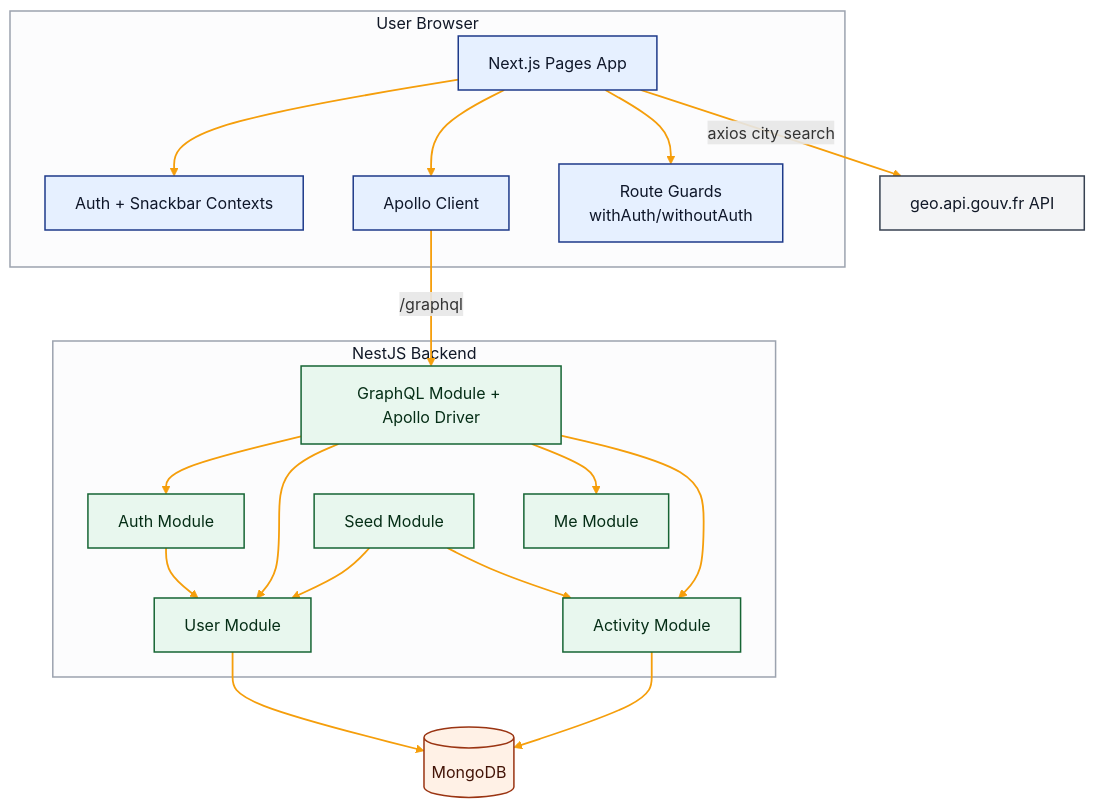
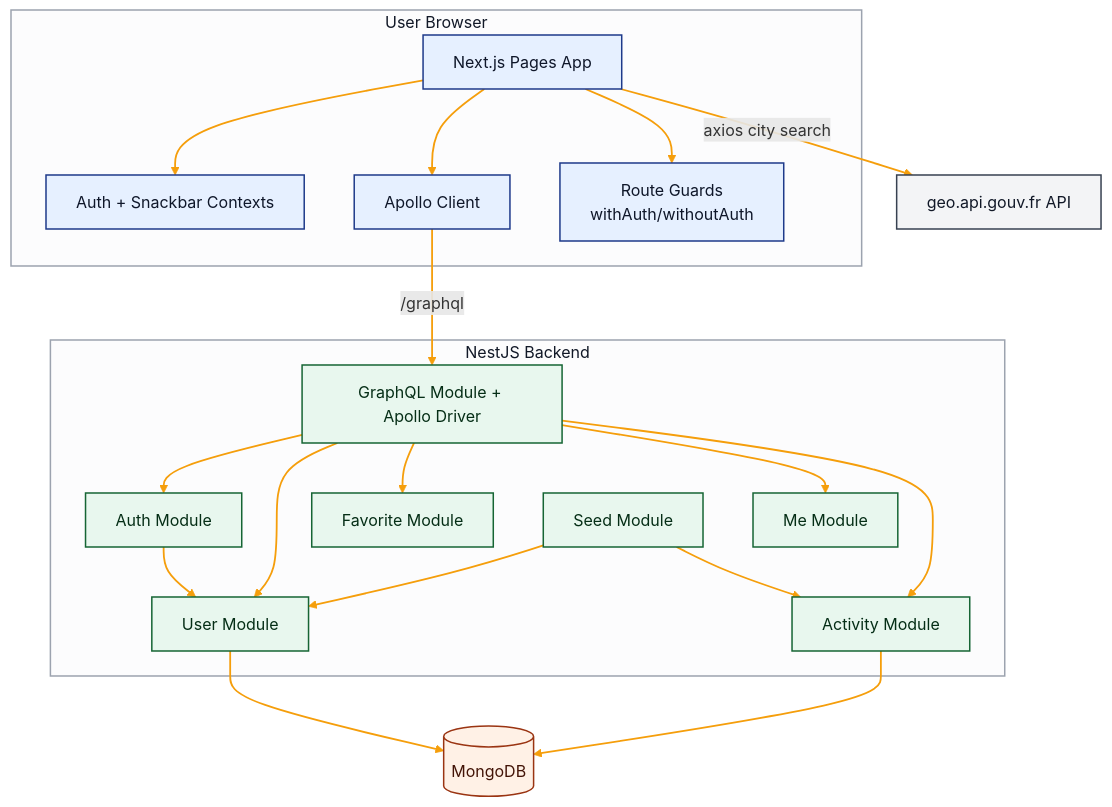
One commit to ayhid/naboo-case-study changed the second of 4 diagrams in docs/c4-architecture-view.md. Above: the diagram before and after it, drawn with Mermaid. The commit also changed other lines of this file and 2 other files, not shown here.

Commit message:
docs: align architecture docs with implemented code paths

````diff
--- a/docs/c4-architecture-view.md
+++ b/docs/c4-architecture-view.md
@@ -55,51 +55,53 @@
 ```mermaid
 %%{init: {'themeVariables': {'lineColor': '#F59E0B', 'arrowheadColor': '#F59E0B'}}}%%
 flowchart TB
     subgraph Browser["User Browser"]
       UI[Next.js Pages App]
       AP[Auth + Snackbar Contexts]
       AC[Apollo Client]
       UIR[Route Guards<br/>withAuth/withoutAuth]
     end
 
     subgraph Backend["NestJS Backend"]
       GQL[GraphQL Module + Apollo Driver]
       AM[Auth Module]
       UM[User Module]
+      FM[Favorite Module]
       MM[Me Module]
       ATM[Activity Module]
       SM[Seed Module]
     end
 
     DB[(MongoDB)]
     EXT[geo.api.gouv.fr API]
 
     UI --> AP
     UI --> AC
     UI --> UIR
     AC -->|/graphql| GQL
     GQL --> AM
     GQL --> UM
+    GQL --> FM
     GQL --> MM
     GQL --> ATM
     AM --> UM
     UM --> DB
     ATM --> DB
     SM --> UM
     SM --> ATM
     UI -->|axios city search| EXT
 
     classDef actor fill:#FFF4CC,stroke:#8A6D1A,color:#1F2937,stroke-width:1.5px;
     classDef app fill:#E6F0FF,stroke:#1E3A8A,color:#0F172A,stroke-width:1.5px;
     classDef backend fill:#E8F7EE,stroke:#166534,color:#052E16,stroke-width:1.5px;
     classDef data fill:#FFF1E6,stroke:#9A3412,color:#431407,stroke-width:1.5px;
     classDef external fill:#F3F4F6,stroke:#374151,color:#111827,stroke-width:1.5px;
     classDef security fill:#FEE2E2,stroke:#991B1B,color:#450A0A,stroke-width:1.5px;
     class UI,AP,AC,UIR app;
-    class GQL,AM,UM,MM,ATM,SM backend;
+    class GQL,AM,UM,FM,MM,ATM,SM backend;
     class DB data;
     class EXT external;
     style Browser fill:#FCFCFD,stroke:#9CA3AF,stroke-width:1.5px,color:#111827;
     style Backend fill:#FCFCFD,stroke:#9CA3AF,stroke-width:1.5px,color:#111827;
     linkStyle default stroke:#F59E0B,stroke-width:1.8px;
 ```
````
